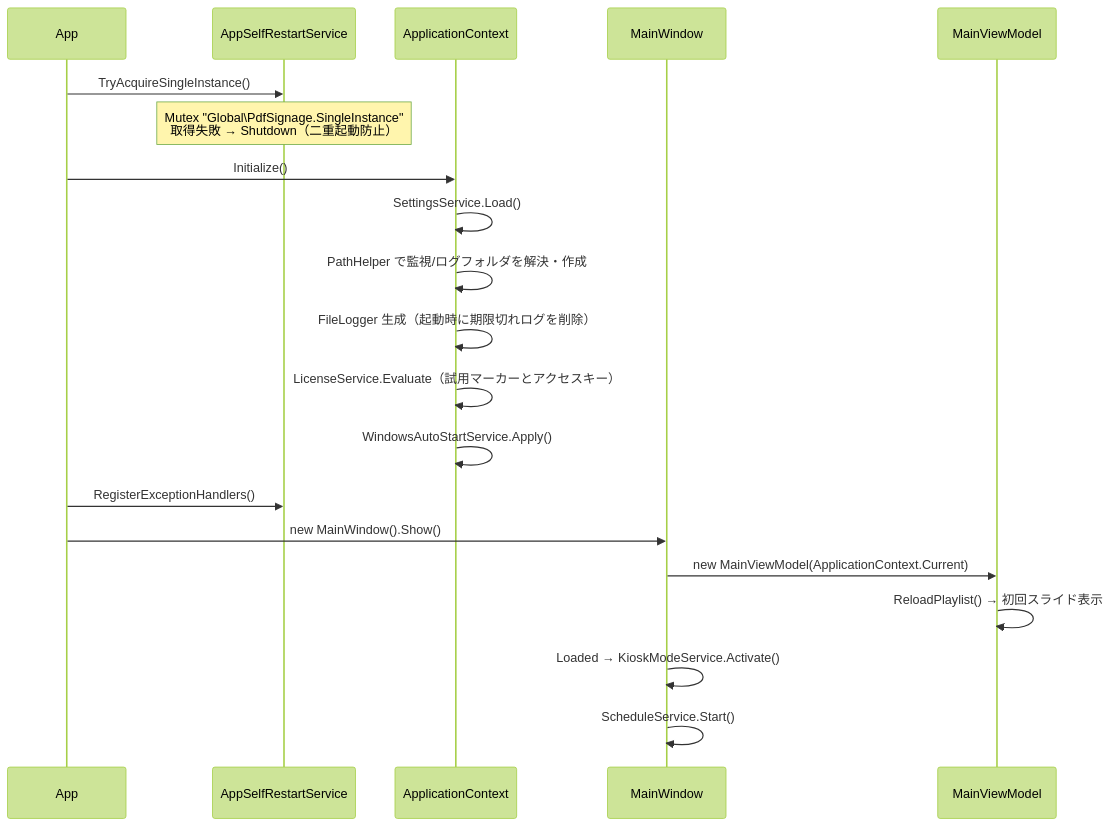
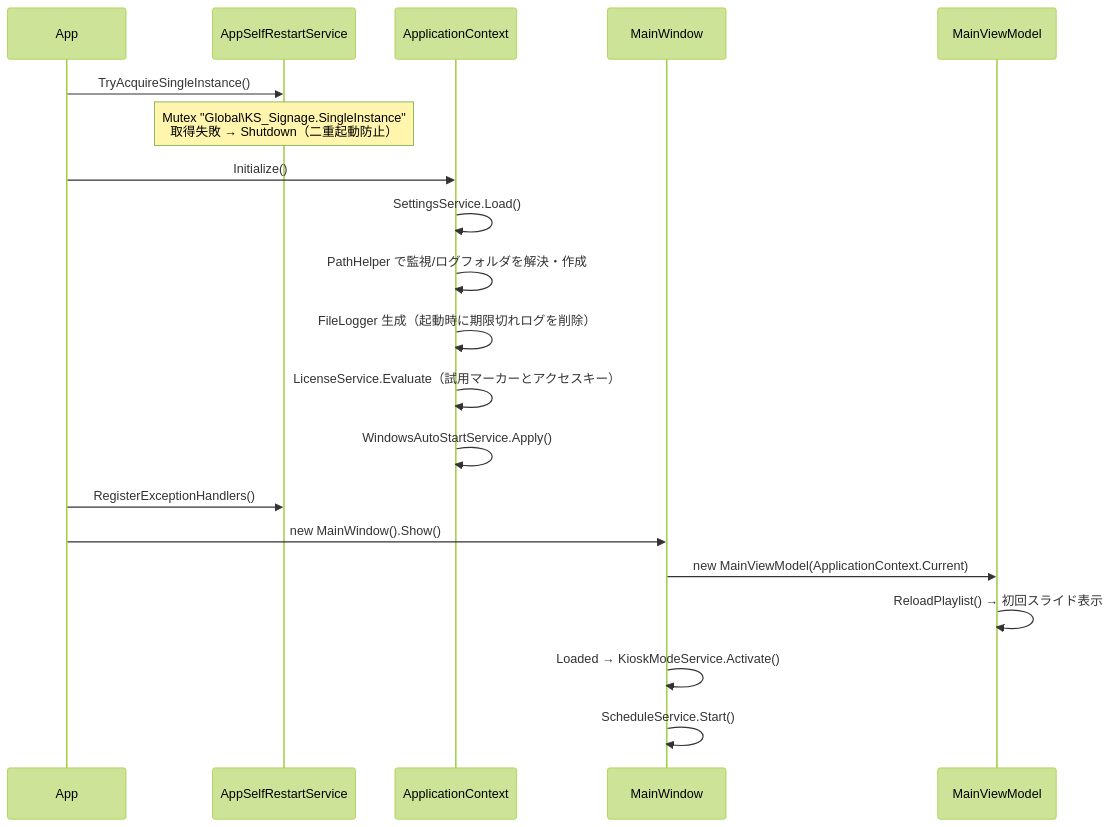
The second of 4 diagrams in docs/設計書.md (kamanori3/SimpleDigitalSignage), drawn with Mermaid (forest theme) before and after one commit. The commit also changed other lines of this file and 187 other files, not shown here.

````diff
--- a/docs/設計書.md
+++ b/docs/設計書.md
@@ -92,23 +92,23 @@
 ```mermaid
 sequenceDiagram
   participant App
   participant ASR as AppSelfRestartService
   participant AC as ApplicationContext
   participant MW as MainWindow
   participant MVM as MainViewModel
 
   App->>ASR: TryAcquireSingleInstance()
-  Note over ASR: Mutex "Global\PdfSignage.SingleInstance"<br/>取得失敗 → Shutdown（二重起動防止）
+  Note over ASR: Mutex "Global\KS_Signage.SingleInstance"<br/>取得失敗 → Shutdown（二重起動防止）
   App->>AC: Initialize()
   AC->>AC: SettingsService.Load()
   AC->>AC: PathHelper で監視/ログフォルダを解決・作成
   AC->>AC: FileLogger 生成（起動時に期限切れログを削除）
   AC->>AC: LicenseService.Evaluate（試用マーカーとアクセスキー）
   AC->>AC: WindowsAutoStartService.Apply()
   App->>ASR: RegisterExceptionHandlers()
   App->>MW: new MainWindow().Show()
   MW->>MVM: new MainViewModel(ApplicationContext.Current)
   MVM->>MVM: ReloadPlaylist() → 初回スライド表示
   MW->>MW: Loaded → KioskModeService.Activate()
   MW->>MW: ScheduleService.Start()
 ```
````
